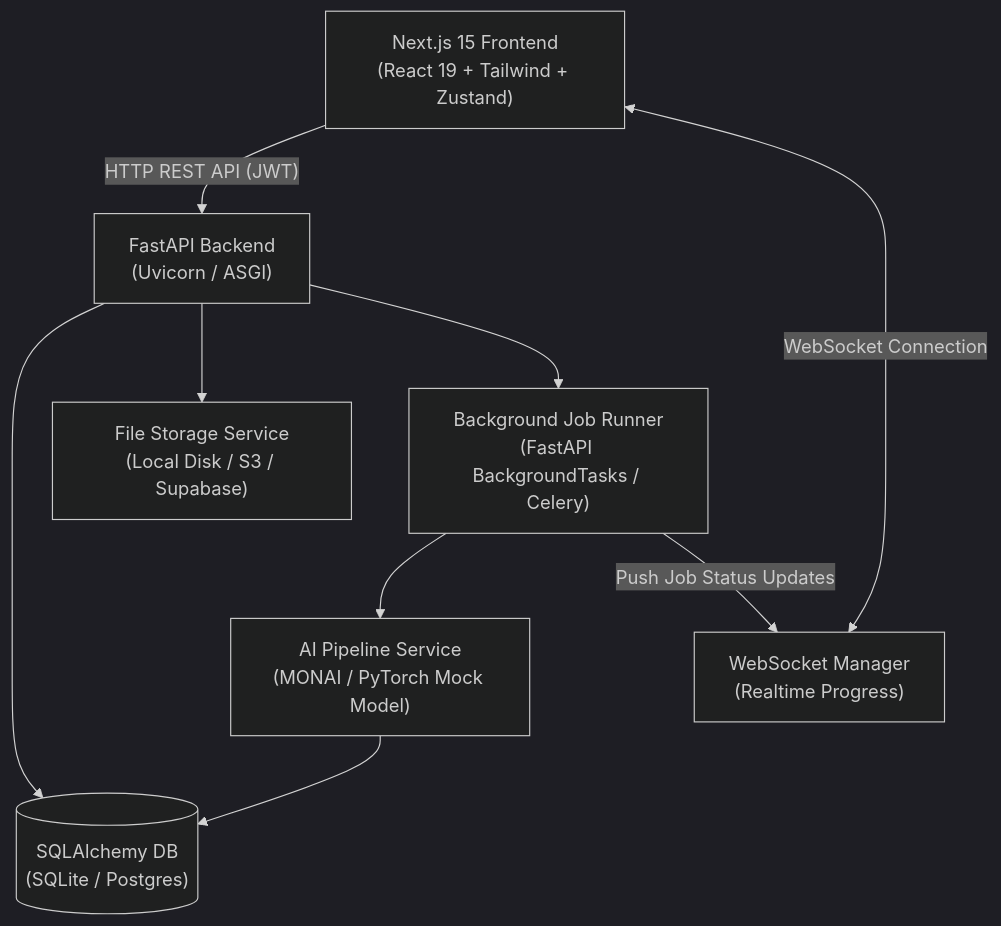
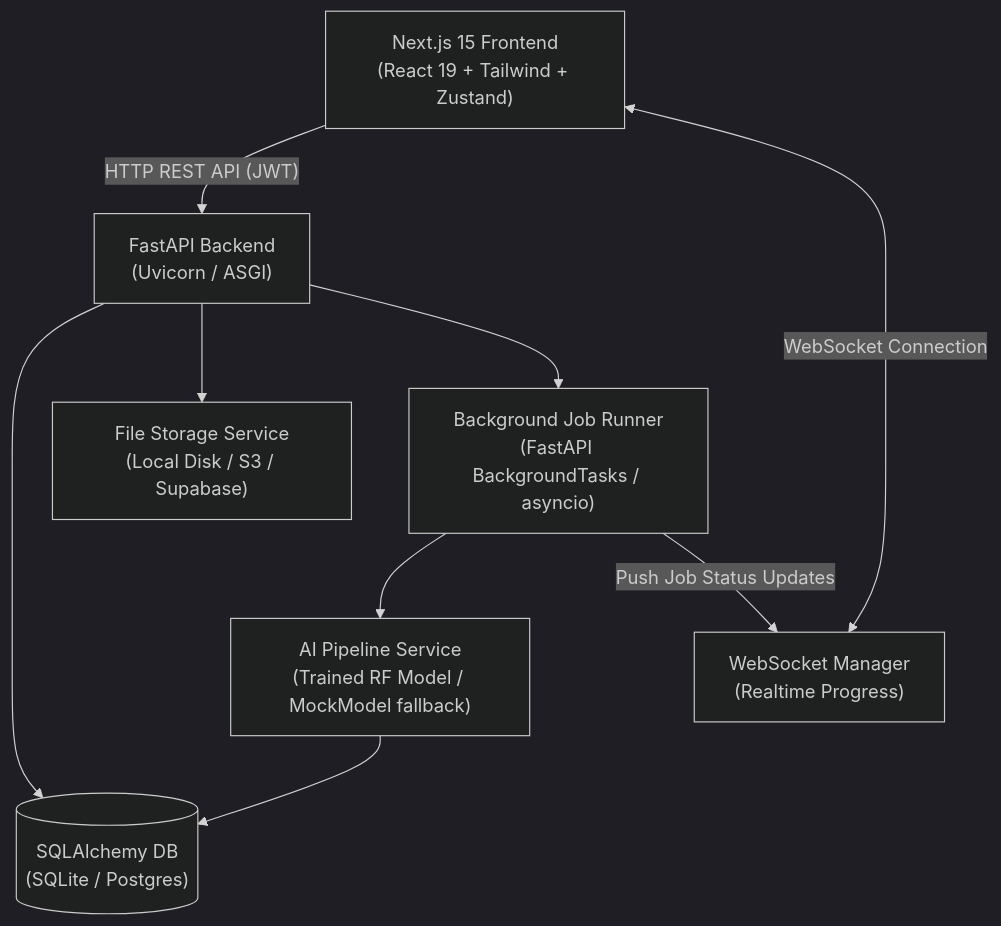
The diagram in README.md (Sambhram1087/oncoTwin), drawn with Mermaid (dark theme) before and after one commit. The commit also changed other lines of this file and 6 other files, not shown here.

````diff
--- a/README.md
+++ b/README.md
@@ -33,19 +33,19 @@
 ```mermaid
 graph TD
     Client["Next.js 15 Frontend<br/>(React 19 + Tailwind + Zustand)"]
     API["FastAPI Backend<br/>(Uvicorn / ASGI)"]
     DB[("SQLAlchemy DB<br/>(SQLite / Postgres)")]
     WS["WebSocket Manager<br/>(Realtime Progress)"]
-    Worker["Background Job Runner<br/>(FastAPI BackgroundTasks / Celery)"]
+    Worker["Background Job Runner<br/>(FastAPI BackgroundTasks / asyncio)"]
     Storage["File Storage Service<br/>(Local Disk / S3 / Supabase)"]
-    AI["AI Pipeline Service<br/>(MONAI / PyTorch Mock Model)"]
+    AI["AI Pipeline Service<br/>(Trained RF Model / MockModel fallback)"]
 
     Client -->|"HTTP REST API (JWT)"| API
     Client <-->|"WebSocket Connection"| WS
     API --> DB
     API --> Storage
     API --> Worker
     Worker --> AI
     Worker -->|"Push Job Status Updates"| WS
     AI --> DB
 ```
````
